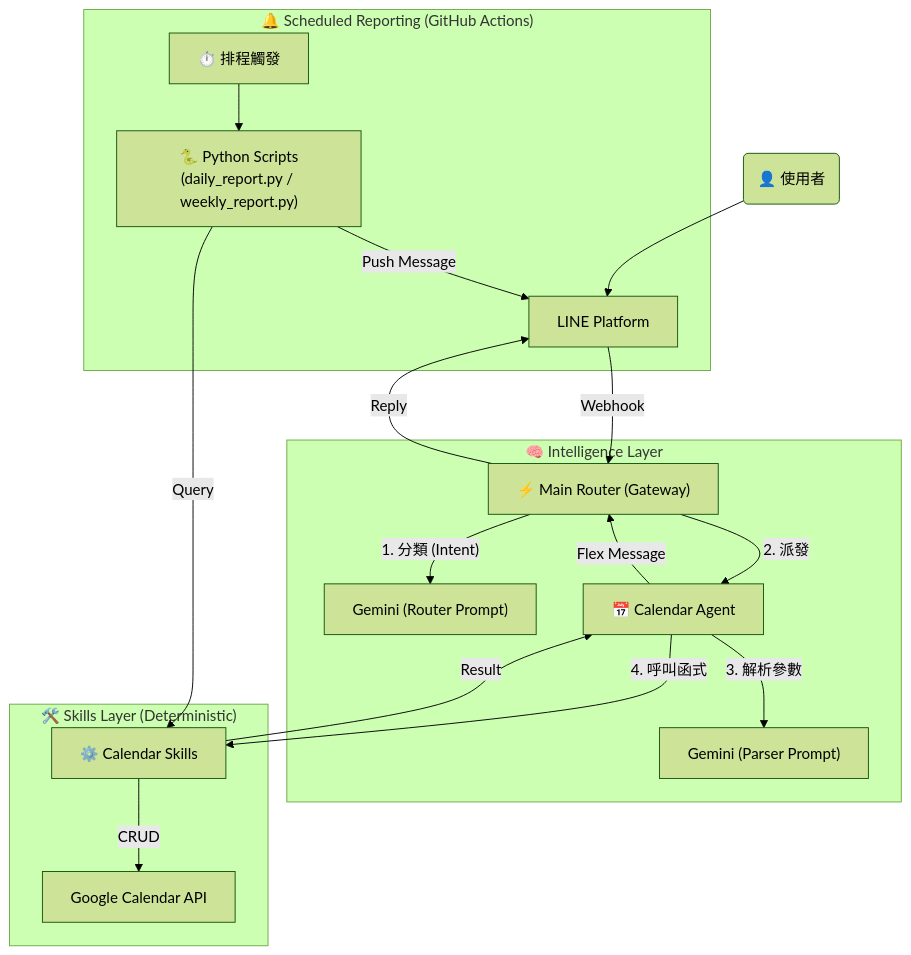
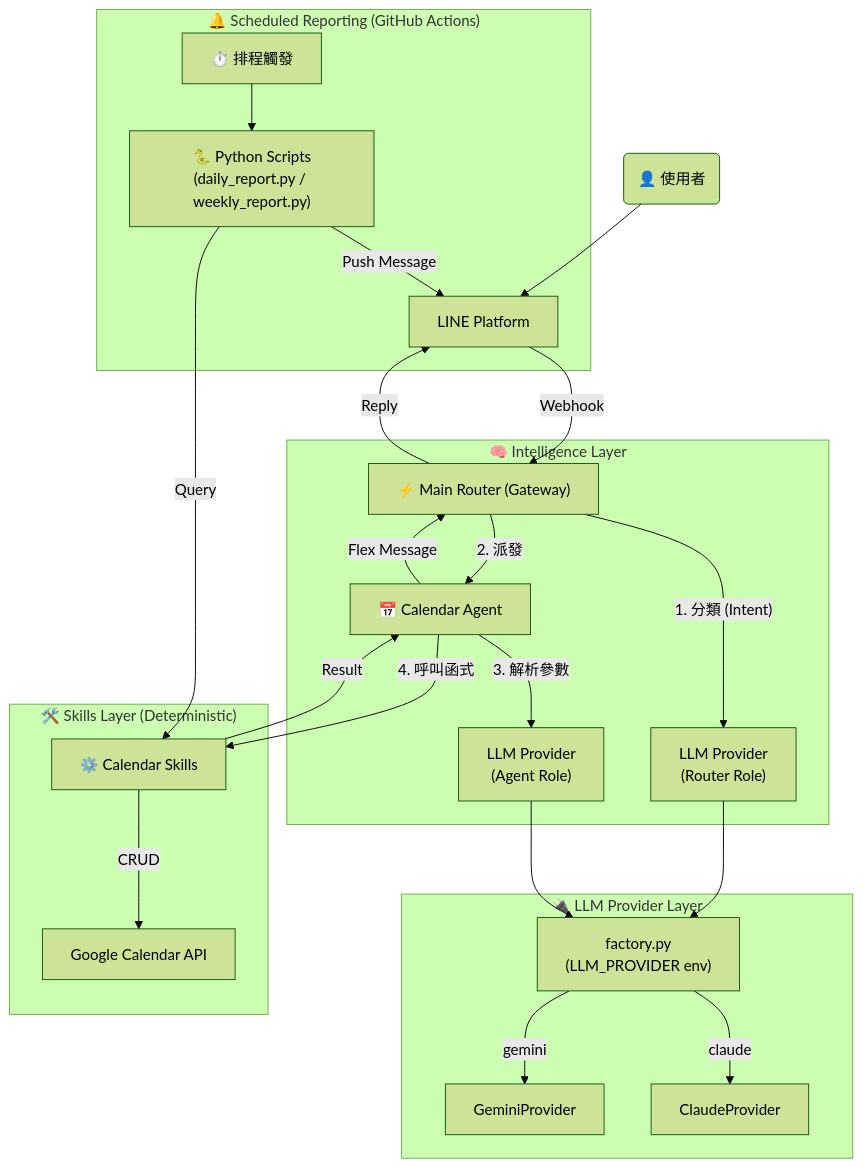
Before and after one commit to YenChengLai/ai-butler-python: the diagram in README.zh-tw.md, drawn with Mermaid (forest theme). The commit also changed other lines of this file and 14 other files, not shown here.

````diff
--- a/README.zh-tw.md
+++ b/README.zh-tw.md
@@ -36,26 +37,32 @@
 ```mermaid
 graph TD
     User("👤 使用者") --> Line["LINE Platform"]
     Line --Webhook--> Gateway["⚡ Main Router (Gateway)"]
 
     subgraph "🧠 Intelligence Layer"
-        Gateway --"1. 分類 (Intent)"--> RouterModel["Gemini (Router Prompt)"]
+        Gateway --"1. 分類 (Intent)"--> RouterLLM["LLM Provider\n(Router Role)"]
         Gateway --"2. 派發"--> CalAgent["📅 Calendar Agent"]
-        CalAgent --"3. 解析參數"--> AgentModel["Gemini (Parser Prompt)"]
+        CalAgent --"3. 解析參數"--> AgentLLM["LLM Provider\n(Agent Role)"]
+    end
+
+    subgraph "🔌 LLM Provider Layer"
+        RouterLLM & AgentLLM --> Factory["factory.py\n(LLM_PROVIDER env)"]
+        Factory -->|gemini| Gemini["GeminiProvider"]
+        Factory -->|claude| Claude["ClaudeProvider"]
     end
 
     subgraph "🛠️ Skills Layer (Deterministic)"
         CalAgent --"4. 呼叫函式"--> Skill["⚙️ Calendar Skills"]
         Skill --"CRUD"--> GCal["Google Calendar API"]
     end
 
     subgraph "🔔 Scheduled Reporting (GitHub Actions)"
         Cron["⏱️ 排程觸發"] --> Scripts["🐍 Python Scripts\n(daily_report.py / weekly_report.py)"]
         Scripts --"Query"--> Skill
         Scripts --"Push Message"--> Line
     end
 
     Skill --"Result"--> CalAgent
     CalAgent --"Flex Message"--> Gateway
     Gateway --"Reply"--> Line
 ```
````
